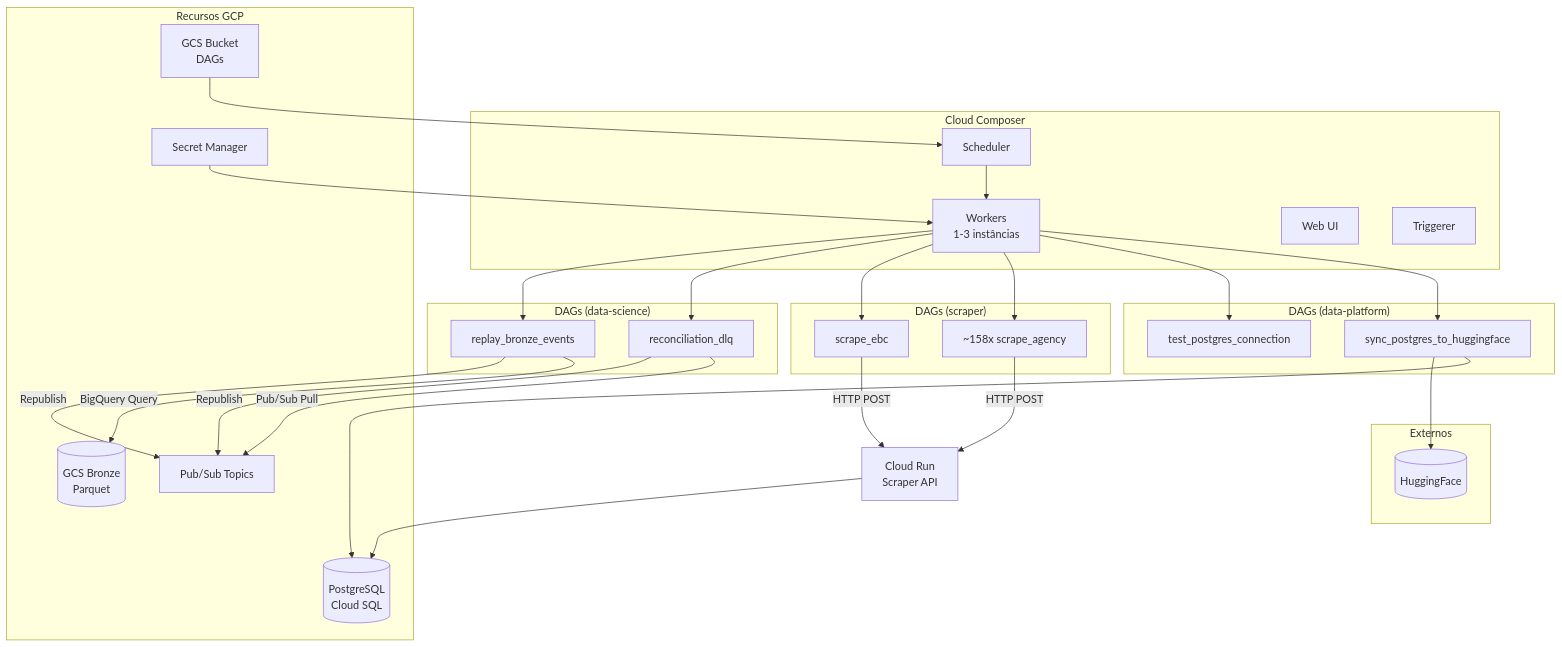
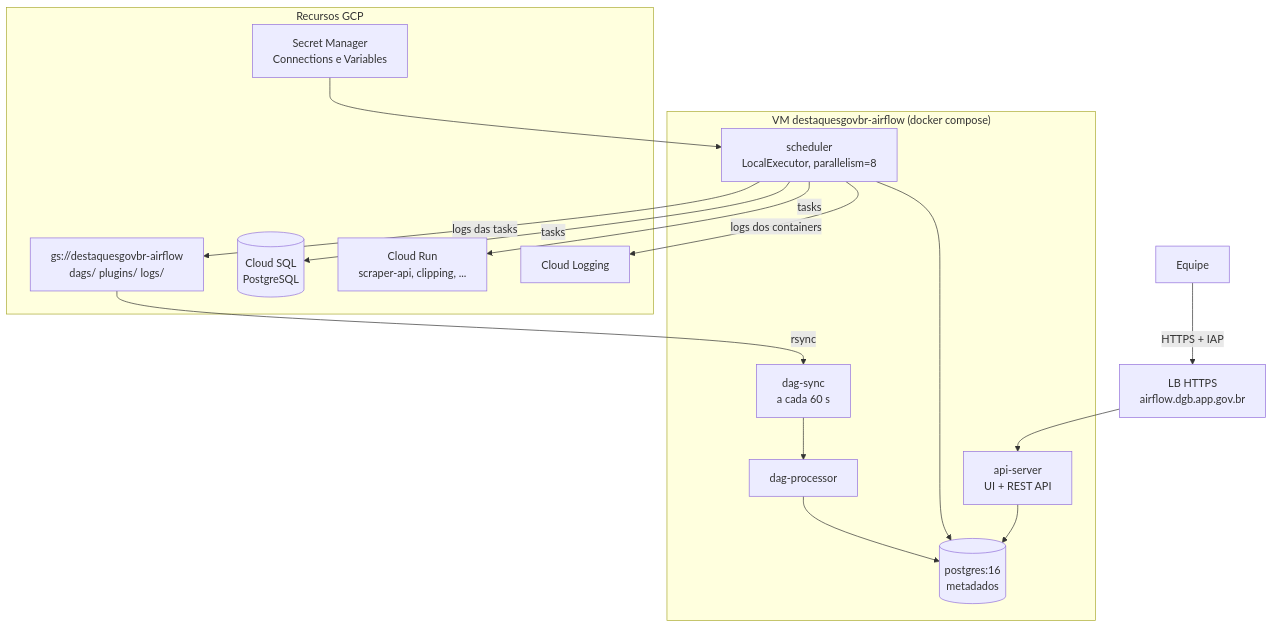
The first of 4 diagrams in docs/workflows/airflow-dags.md (destaquesgovbr/docs), drawn with Mermaid before and after one commit. The commit also changed other lines of this file and 8 other files, not shown here.

First line of the commit message:
docs: orquestração no Airflow próprio da VM e scraping numa DAG a cada 2 h (#57)

````diff
--- a/docs/workflows/airflow-dags.md
+++ b/docs/workflows/airflow-dags.md
@@ -12,55 +21,32 @@
 ```mermaid
 graph TB
-    subgraph "Cloud Composer"
-        SCHED[Scheduler]
-        WORKER[Workers<br/>1-3 instâncias]
-        UI[Web UI]
-        TRIGGER[Triggerer]
-    end
+    USER[Equipe] -->|HTTPS + IAP| LB[LB HTTPS<br/>airflow.dgb.app.gov.br]
 
-    subgraph "DAGs (data-platform)"
-        DAG1[sync_postgres_to_huggingface]
-        DAG2[test_postgres_connection]
-    end
-
-    subgraph "DAGs (data-science)"
-        DAG5[reconciliation_dlq]
-        DAG6[replay_bronze_events]
-    end
-
-    subgraph "DAGs (scraper)"
-        DAG3[~158x scrape_agency]
-        DAG4[scrape_ebc]
+    subgraph "VM destaquesgovbr-airflow (docker compose)"
+        API[api-server<br/>UI + REST API]
+        SCHED[scheduler<br/>LocalExecutor, parallelism=8]
+        PROC[dag-processor]
+        META[(postgres:16<br/>metadados)]
+        SYNC[dag-sync<br/>a cada 60 s]
     end
 
     subgraph "Recursos GCP"
-        PG[(PostgreSQL<br/>Cloud SQL)]
-        SM[Secret Manager]
-        GCS[GCS Bucket<br/>DAGs]
-        BRONZE[(GCS Bronze<br/>Parquet)]
-        PUBSUB[Pub/Sub Topics]
+        GCS[gs://destaquesgovbr-airflow<br/>dags/ plugins/ logs/]
+        SM[Secret Manager<br/>Connections e Variables]
+        PG[(Cloud SQL<br/>PostgreSQL)]
+        CR[Cloud Run<br/>scraper-api, clipping, ...]
+        LOG[Cloud Logging]
     end
 
-    subgraph "Externos"
-        HF[(HuggingFace)]
-    end
-
-    GCS --> SCHED
-    SCHED --> WORKER
-    WORKER --> DAG1
-    WORKER --> DAG2
-    WORKER --> DAG3
-    WORKER --> DAG4
-    WORKER --> DAG5
-    WORKER --> DAG6
-    DAG1 --> PG
-    DAG1 --> HF
-    DAG3 -->|HTTP POST| CR[Cloud Run<br/>Scraper API]
-    DAG4 -->|HTTP POST| CR
-    DAG5 -->|Pub/Sub Pull| PUBSUB
-    DAG5 -->|Republish| PUBSUB
-    DAG6 -->|BigQuery Query| BRONZE
-    DAG6 -->|Republish| PUBSUB
-    CR --> PG
-    SM --> WORKER
+    LB --> API
+    GCS -->|rsync| SYNC
+    SYNC --> PROC
+    PROC --> META
+    SCHED --> META
+    API --> META
+    SM --> SCHED
+    SCHED -->|tasks| CR
+    SCHED -->|tasks| PG
+    SCHED -->|logs das tasks| GCS
+    SCHED -->|logs dos containers| LOG
 ```
````
